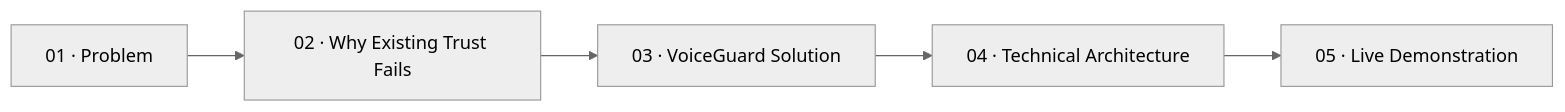
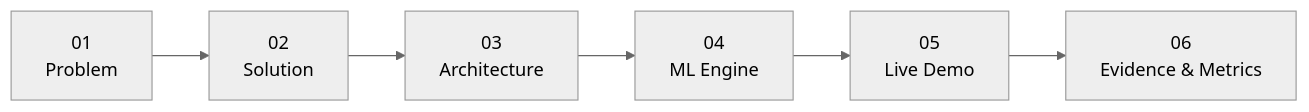
One commit to Jyatin/VoiceGuard changed the fifth of 5 diagrams in README.md. Above: the diagram before and after it, drawn with Mermaid (neutral theme). The commit also changed other lines of this file, not shown here.

````diff
--- a/README.md
+++ b/README.md
@@ -532,7 +507,8 @@
 ```mermaid
 flowchart LR
-    A[01 · Problem] --> B[02 · Why Existing Trust Fails]
-    B --> C[03 · VoiceGuard Solution]
-    C --> D[04 · Technical Architecture]
-    D --> E[05 · Live Demonstration]
+    P[01<br/>Problem] --> S[02<br/>Solution]
+    S --> A[03<br/>Architecture]
+    A --> M[04<br/>ML Engine]
+    M --> D[05<br/>Live Demo]
+    D --> E[06<br/>Evidence & Metrics]
 ```
````
